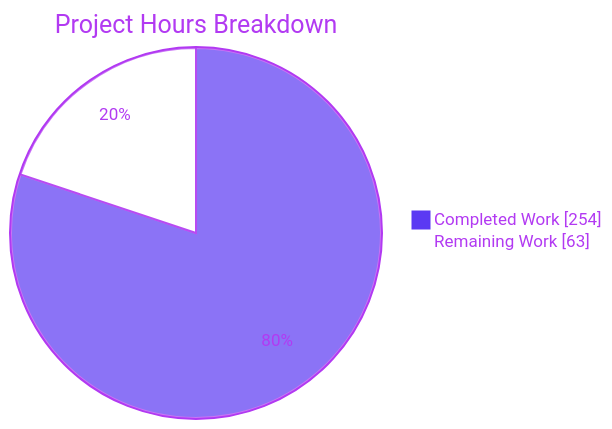
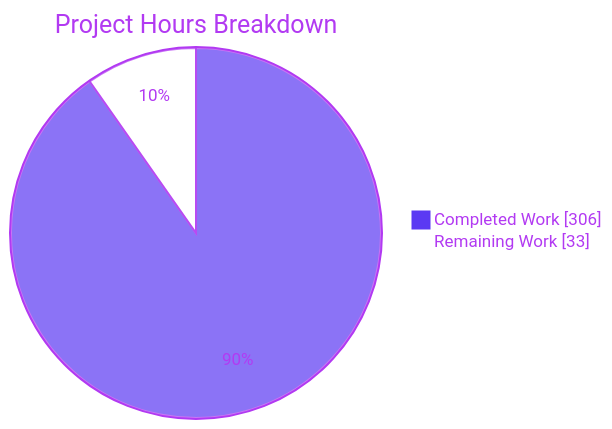
One commit to blitzy-public-samples/blitzy-VistA-VEHU-M changed the second of 3 diagrams in blitzy/documentation/Project Guide - cba44d3a-fb41-4a16-9c11-e135b780df6e.md. Above: the diagram before and after it, drawn with Mermaid. The commit also changed other lines of this file, not shown here.

Commit message:
Adding Blitzy Project Guide: Project Status and Human Tasks Remaining

````diff
--- a/blitzy/documentation/Project Guide - cba44d3a-fb41-4a16-9c11-e135b780df6e.md
+++ b/blitzy/documentation/Project Guide - cba44d3a-fb41-4a16-9c11-e135b780df6e.md
@@ -229,6 +261,6 @@
 ```mermaid
 %%{init: {"theme":"base","themeVariables":{"pie1":"#5B39F3","pie2":"#FFFFFF","pieStrokeColor":"#B23AF2","pieOuterStrokeColor":"#B23AF2","pieSectionTextColor":"#B23AF2","pieTitleTextColor":"#B23AF2","pieLegendTextColor":"#B23AF2"}}}%%
 pie showData title Project Hours Breakdown
-    "Completed Work" : 254
-    "Remaining Work" : 63
+    "Completed Work" : 306
+    "Remaining Work" : 33
 ```
````
